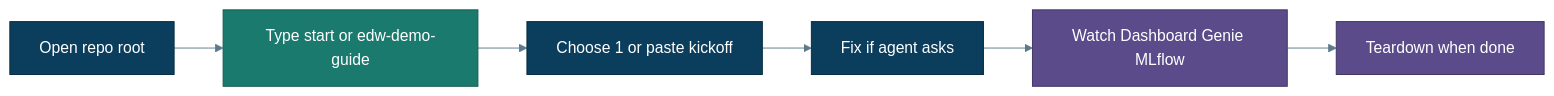
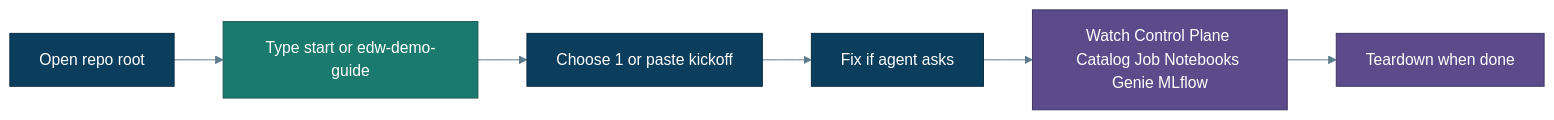
Before and after one commit to Jericho2010/edwmigration: the first of 2 diagrams in docs/guided-demo.md, drawn with Mermaid. The commit also changed other lines of this file and 44 other files, not shown here.

````diff
--- a/docs/guided-demo.md
+++ b/docs/guided-demo.md
@@ -9,15 +9,15 @@
 ```mermaid
 %%{init: {"theme":"base","themeVariables":{"primaryColor":"#E8F1F8","primaryTextColor":"#0B3D5C","primaryBorderColor":"#0B3D5C","lineColor":"#5B7A8C","secondaryColor":"#E6F4F1","tertiaryColor":"#F7F3EA","background":"#FFFFFF","mainBkg":"#E8F1F8","clusterBkg":"#F7FAFC","clusterBorder":"#5B7A8C","titleColor":"#0B3D5C","edgeLabelBackground":"#FFFFFF"}}}%%
 flowchart LR
   O[Open repo root] --> G[Type start or edw-demo-guide]
   G --> S[Choose 1 or paste kickoff]
   S --> F[Fix if agent asks]
-  F --> W[Watch Dashboard Genie MLflow]
+  F --> W[Watch Control Plane Catalog Job Notebooks Genie MLflow]
   W --> T[Teardown when done]
   classDef user fill:#0B3D5C,stroke:#082C43,color:#fff
   classDef agent fill:#1B7A6E,stroke:#145A51,color:#fff
   classDef ops fill:#5B4B8A,stroke:#3F3460,color:#fff
   class O,S,F user
   class G agent
   class W,T ops
 ```
````
